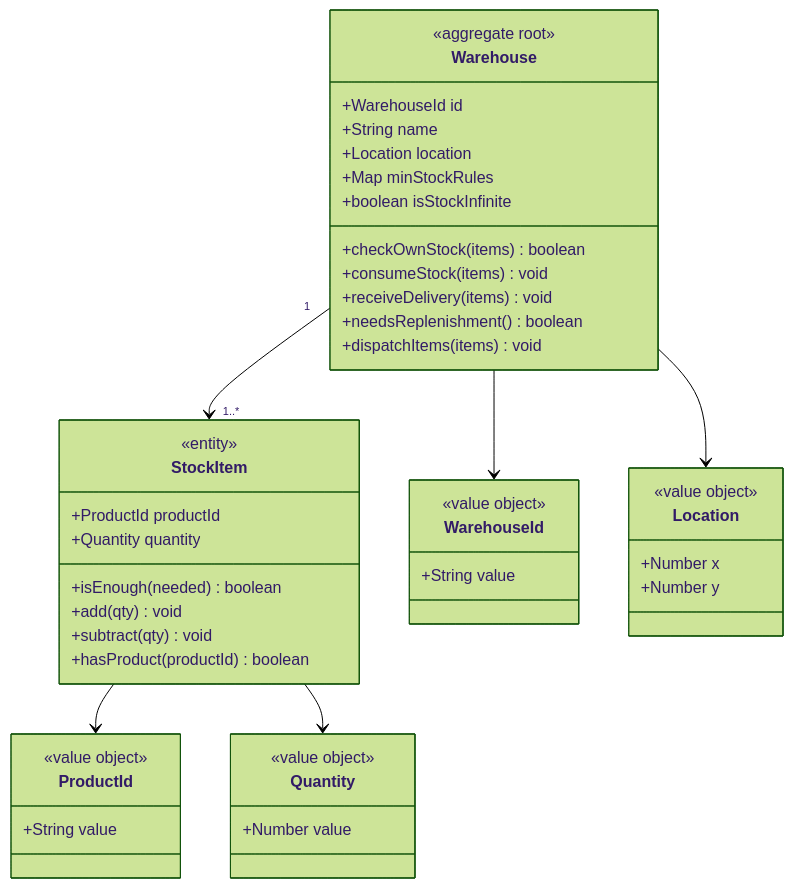
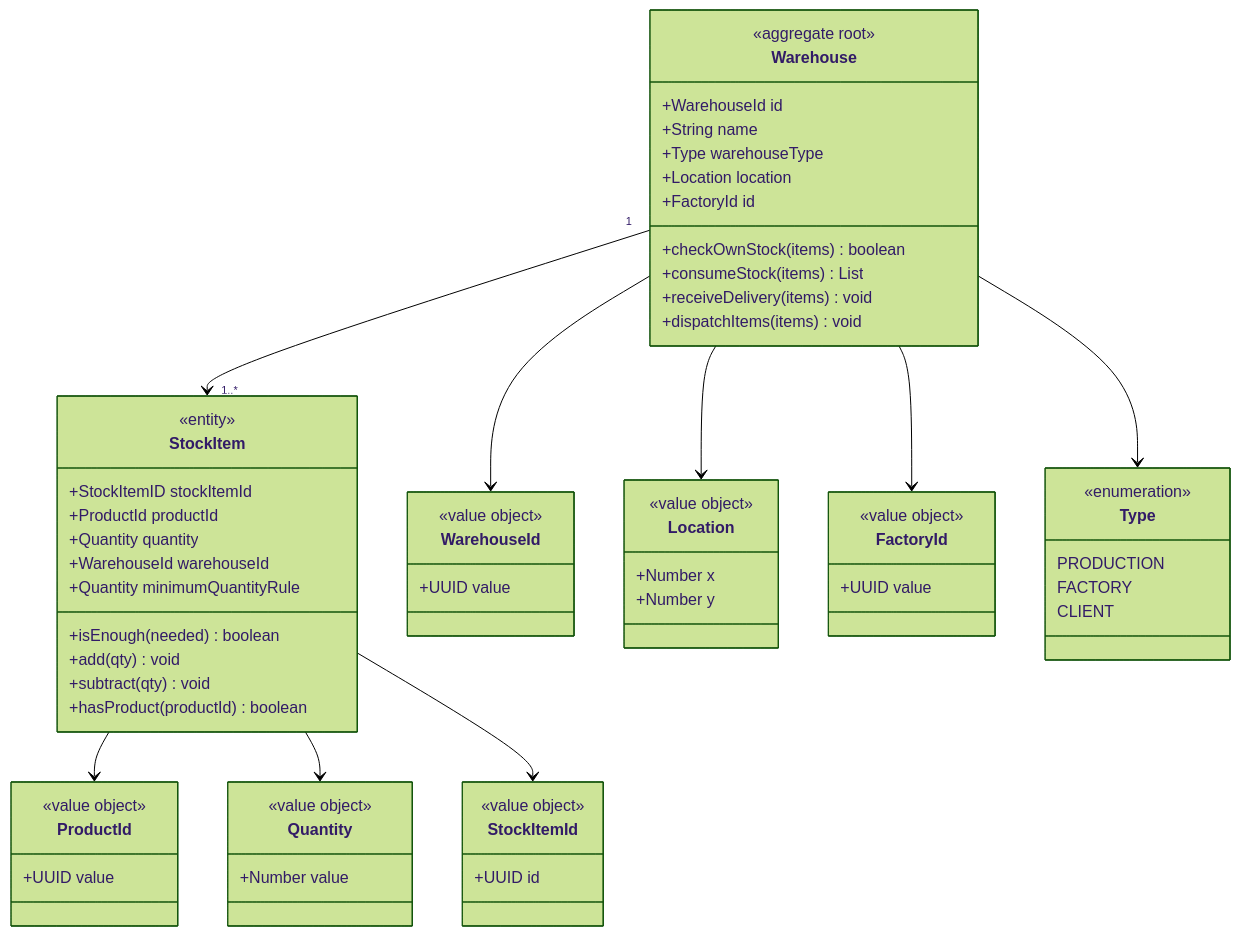
Before and after one commit to PauLopNun/workshop-suministros: the first of 6 diagrams in warehouse/ddd.md, drawn with Mermaid (forest theme). The commit also changed other lines of this file, not shown here.

````diff
--- a/warehouse/ddd.md
+++ b/warehouse/ddd.md
@@ -5,47 +5,66 @@
 ```mermaid
 classDiagram
     class Warehouse {
         <<aggregate root>>
         +WarehouseId id
         +String name
+        +Type warehouseType 
         +Location location
-        +Map minStockRules
-        +boolean isStockInfinite
+        +FactoryId id
         +checkOwnStock(items) boolean
-        +consumeStock(items) void
+        +consumeStock(items) List<stockItem>
         +receiveDelivery(items) void
-        +needsReplenishment() boolean
         +dispatchItems(items) void
     }
     class StockItem {
         <<entity>>
+        +StockItemID stockItemId
         +ProductId productId
         +Quantity quantity
+        +WarehouseId warehouseId
+        +Quantity minimumQuantityRule
         +isEnough(needed) boolean
         +add(qty) void
         +subtract(qty) void
         +hasProduct(productId) boolean
     }
     class WarehouseId {
         <<value object>>
-        +String value
+        +UUID value
     }
     class Location {
         <<value object>>
         +Number x
         +Number y
     }
     class Quantity {
         <<value object>>
         +Number value
     }
     class ProductId {
         <<value object>>
-        +String value
+        +UUID value
+    }
+    class StockItemId{
+        <<value object>>
+        +UUID id
+    }
+    class FactoryId {
+        <<value object>>
+        +UUID value
+    }
+    class Type {
+        <<enumeration>>
+        PRODUCTION
+        FACTORY
+        CLIENT
     }
     Warehouse "1" --> "1..*" StockItem
     Warehouse --> WarehouseId
     Warehouse --> Location
+    Warehouse --> FactoryId
+    Warehouse --> Type
     StockItem --> ProductId
     StockItem --> Quantity
+    StockItem --> StockItemId
 ```
````
